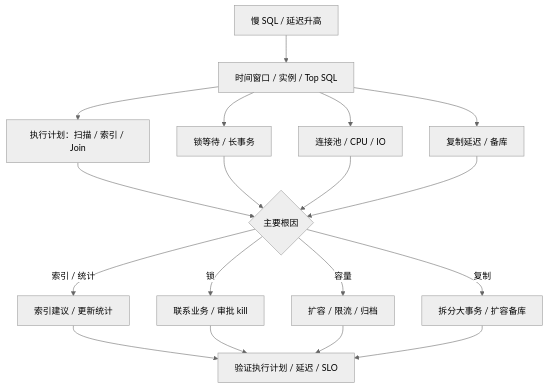
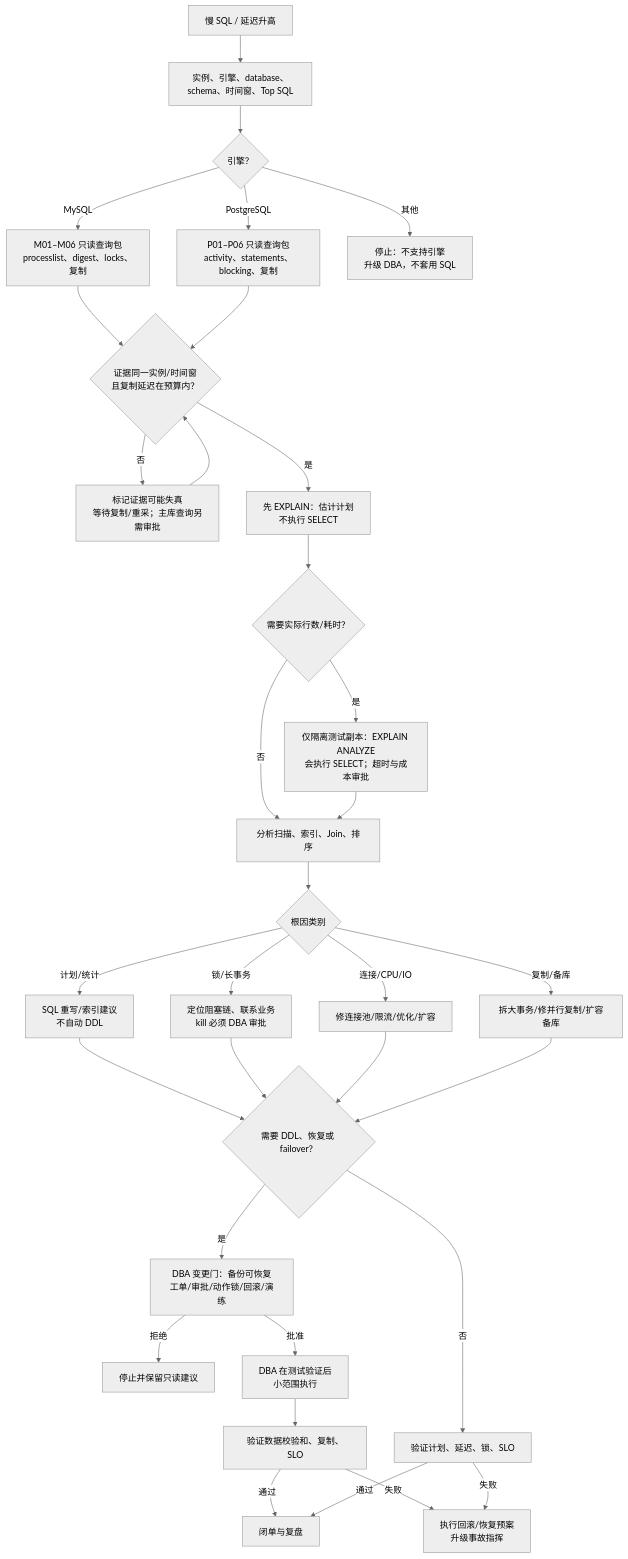
The diagram in docs/playbooks/database.md (ai-guru-global/the-ops-agent-book), drawn with Mermaid (neutral theme) before and after one commit. The commit also changed other lines of this file and 144 other files, not shown here.

````diff
--- a/docs/playbooks/database.md
+++ b/docs/playbooks/database.md
@@ -68,20 +46,35 @@
 ```mermaid
 flowchart TD
-  A[慢 SQL / 延迟升高] --> B[时间窗口 / 实例 / Top SQL]
-  B --> C[执行计划：扫描 / 索引 / Join]
-  B --> D[锁等待 / 长事务]
-  B --> E[连接池 / CPU / IO]
-  B --> F[复制延迟 / 备库]
-  C --> G{主要根因}
-  D --> G
-  E --> G
-  F --> G
-  G -- 索引 / 统计 --> H[索引建议 / 更新统计]
-  G -- 锁 --> I[联系业务 / 审批 kill]
-  G -- 容量 --> J[扩容 / 限流 / 归档]
-  G -- 复制 --> K[拆分大事务 / 扩容备库]
-  H --> L[验证执行计划 / 延迟 / SLO]
-  I --> L
-  J --> L
-  K --> L
+  A["慢 SQL / 延迟升高"] --> B["实例、引擎、database、schema、时间窗、Top SQL"]
+  B --> C{"引擎？"}
+  C -- MySQL --> M["M01–M06 只读查询包<br/>processlist、digest、locks、复制"]
+  C -- PostgreSQL --> P["P01–P06 只读查询包<br/>activity、statements、blocking、复制"]
+  C -- 其他 --> U["停止：不支持引擎<br/>升级 DBA，不套用 SQL"]
+  M --> D{"证据同一实例/时间窗<br/>且复制延迟在预算内？"}
+  P --> D
+  D -- 否 --> S["标记证据可能失真<br/>等待复制/重采；主库查询另需审批"]
+  S --> D
+  D -- 是 --> E["先 EXPLAIN：估计计划<br/>不执行 SELECT"]
+  E --> F{"需要实际行数/耗时？"}
+  F -- 是 --> G["仅隔离测试副本：EXPLAIN ANALYZE<br/>会执行 SELECT；超时与成本审批"]
+  F -- 否 --> H["分析扫描、索引、Join、排序"]
+  G --> H
+  H --> I{"根因类别"}
+  I -- "计划/统计" --> J["SQL 重写/索引建议<br/>不自动 DDL"]
+  I -- "锁/长事务" --> K["定位阻塞链、联系业务<br/>kill 必须 DBA 审批"]
+  I -- "连接/CPU/IO" --> L["修连接池/限流/优化/扩容"]
+  I -- "复制/备库" --> N["拆大事务/修并行复制/扩容备库"]
+  J --> O{"需要 DDL、恢复或 failover？"}
+  K --> O
+  L --> O
+  N --> O
+  O -- 否 --> V["验证计划、延迟、锁、SLO"]
+  O -- 是 --> Q["DBA 变更门：备份可恢复<br/>工单/审批/动作锁/回滚/演练"]
+  Q -- 拒绝 --> X["停止并保留只读建议"]
+  Q -- 批准 --> Y["DBA 在测试验证后<br/>小范围执行"]
+  Y --> Z["验证数据校验和、复制、SLO"]
+  Z -- 失败 --> RB["执行回滚/恢复预案<br/>升级事故指挥"]
+  Z -- 通过 --> W["闭单与复盘"]
+  V -- 通过 --> W
+  V -- 失败 --> RB
 ```
````
